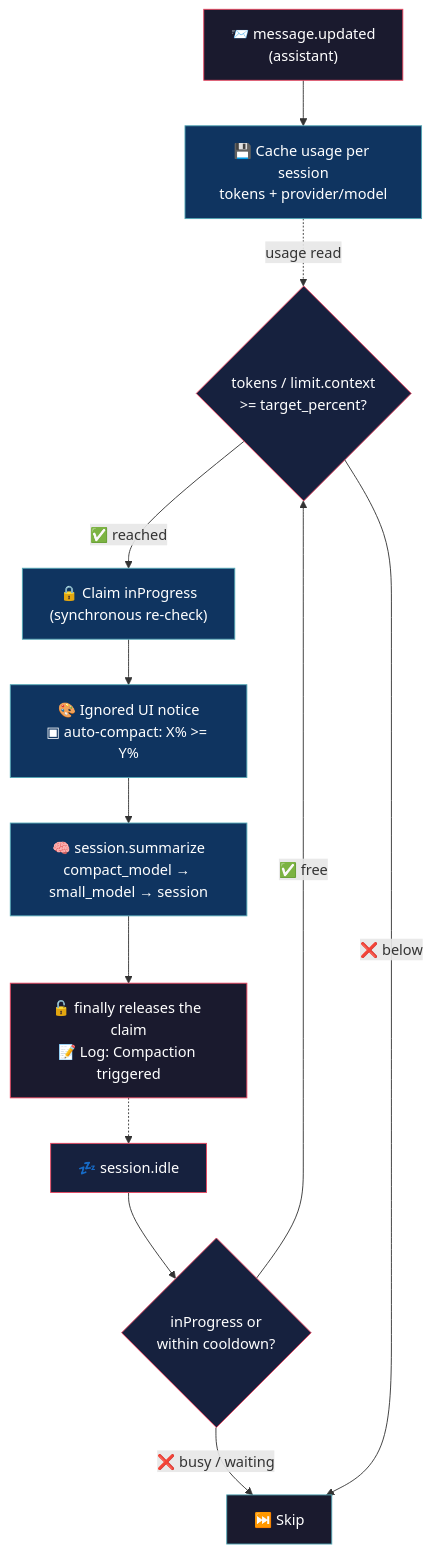
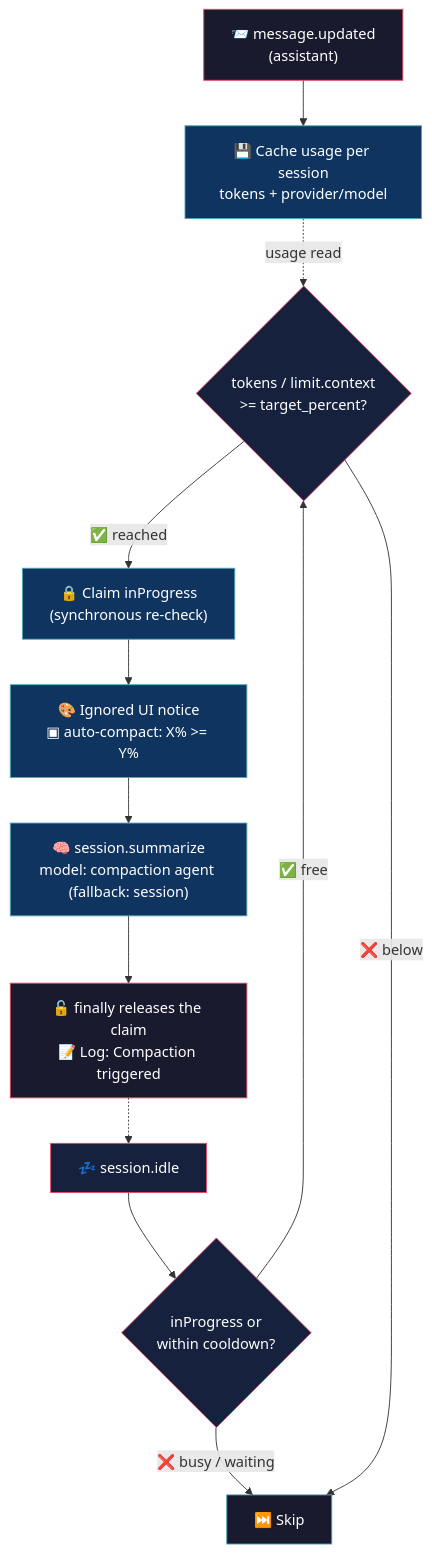
Before and after one commit to alejo54dev/opencode-auto-compact: the diagram in README.md, drawn with Mermaid. The commit also changed other lines of this file and 2 other files, not shown here.

Commit message:
refactor: drop model delegation — summarizer owned by the compaction agent (v0.1.3)

````diff
--- a/README.md
+++ b/README.md
@@ -33,25 +33,25 @@
 ```mermaid
 flowchart TD
     A["📨 message.updated<br/>(assistant)"] --> B["💾 Cache usage per session<br/>tokens + provider/model"]
     C["💤 session.idle"] --> D{"inProgress or<br/>within cooldown?"}
     D -->|"❌ busy / waiting"| E["⏭️ Skip"]
     D -->|"✅ free"| F{"tokens / limit.context<br/>>= target_percent?"}
     F -->|"❌ below"| E
     F -->|"✅ reached"| G["🔒 Claim inProgress<br/>(synchronous re-check)"]
     G --> H["🎨 Ignored UI notice<br/>▣ auto-compact: X% >= Y%"]
-    H --> I["🧠 session.summarize<br/>compact_model → small_model → session"]
+    H --> I["🧠 session.summarize<br/>model: compaction agent (fallback: session)"]
     I --> J["🔓 finally releases the claim<br/>📝 Log: Compaction triggered"]
     B -.->|"usage read"| F
     J -.-> C
 
     style A fill:#1a1a2e,stroke:#e94560,color:#fff
     style B fill:#0f3460,stroke:#53a8b6,color:#fff
     style C fill:#16213e,stroke:#e94560,color:#fff
     style D fill:#16213e,stroke:#e94560,color:#fff
     style E fill:#1a1a2e,stroke:#53a8b6,color:#fff
     style F fill:#16213e,stroke:#e94560,color:#fff
     style G fill:#0f3460,stroke:#53a8b6,color:#fff
     style H fill:#0f3460,stroke:#53a8b6,color:#fff
     style I fill:#0f3460,stroke:#53a8b6,color:#fff
     style J fill:#1a1a2e,stroke:#e94560,color:#fff
 ```
````
